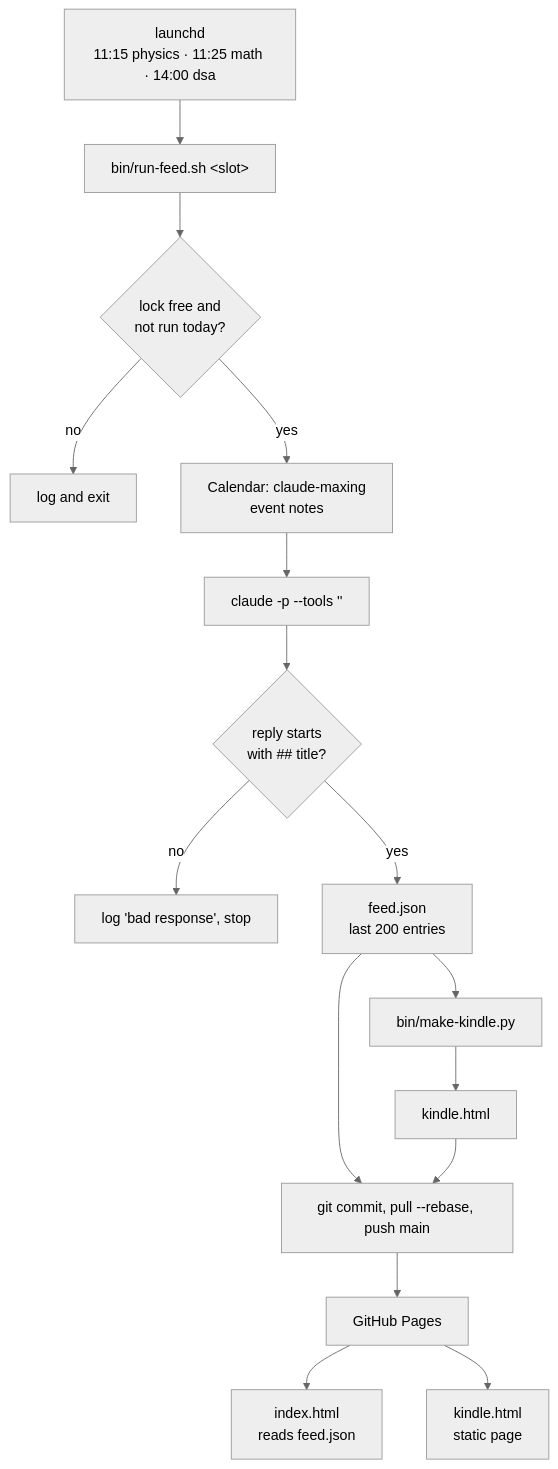
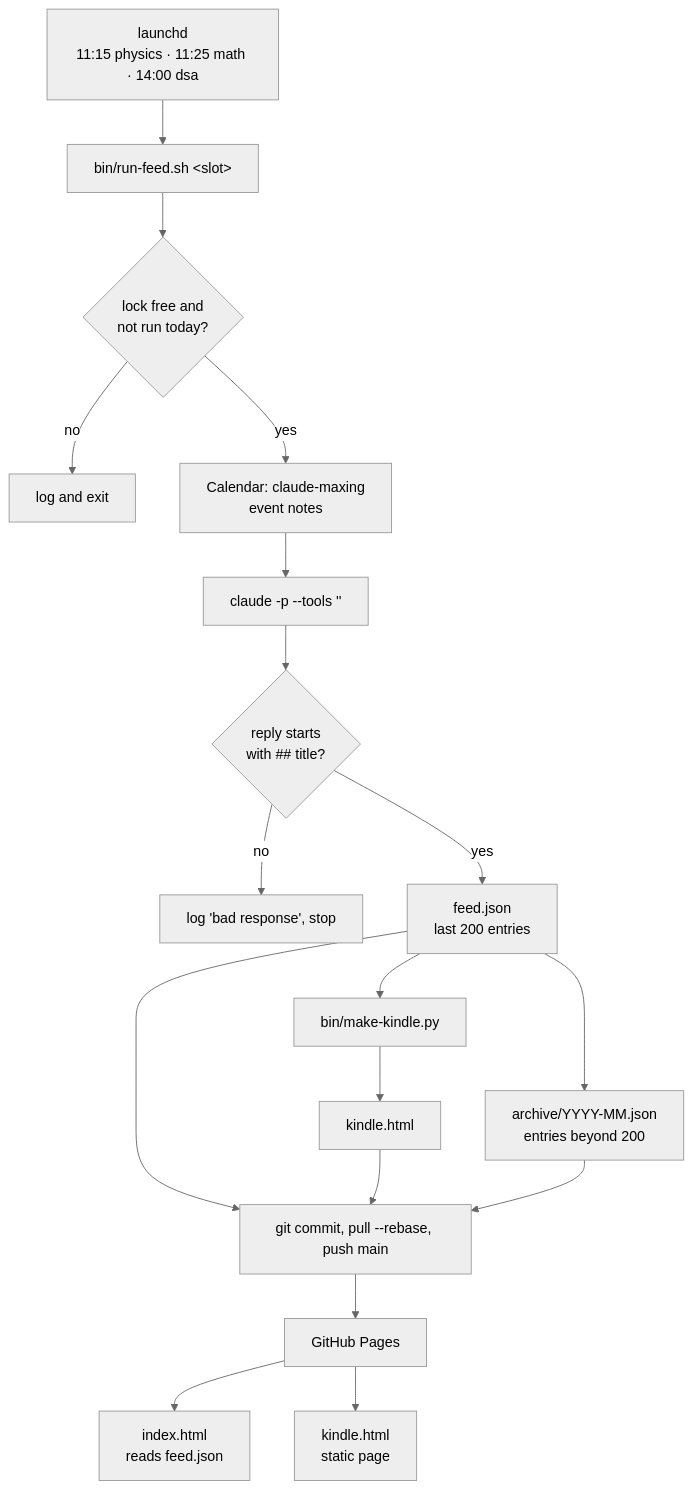
Before and after one commit to akhileshamle/the-feed: the diagram in README.md, drawn with Mermaid (neutral theme). The commit also changed other lines of this file and 1 other file, not shown here.

Commit message:
Archive entries beyond 200 by month instead of deleting them

````diff
--- a/README.md
+++ b/README.md
@@ -17,18 +17,20 @@
 ```mermaid
 flowchart TD
     L["launchd<br/>11:15 physics · 11:25 math · 14:00 dsa"] --> R["bin/run-feed.sh &lt;slot&gt;"]
     R --> LK{"lock free and<br/>not run today?"}
     LK -- no --> SK["log and exit"]
     LK -- yes --> C["Calendar: claude-maxing<br/>event notes"]
     C --> CL["claude -p --tools ''"]
     CL --> V{"reply starts<br/>with ## title?"}
     V -- no --> BAD["log 'bad response', stop"]
     V -- yes --> F["feed.json<br/>last 200 entries"]
+    F --> A["archive/YYYY-MM.json<br/>entries beyond 200"]
     F --> K["bin/make-kindle.py"]
     K --> KH["kindle.html"]
     F --> G["git commit, pull --rebase, push main"]
     KH --> G
+    A --> G
     G --> P["GitHub Pages"]
     P --> I["index.html<br/>reads feed.json"]
     P --> KP["kindle.html<br/>static page"]
 ```
````
